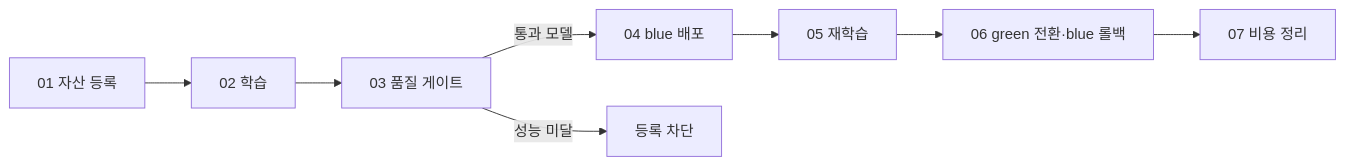
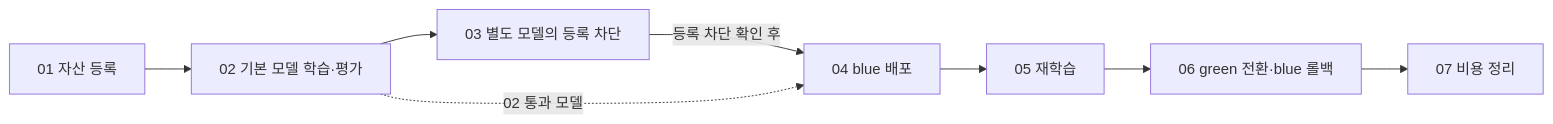
One commit to junwoojeong100/azure-ml-labs changed the diagram in README.md. Above: the diagram before and after it, drawn with Mermaid. The commit also changed other lines of this file and 9 other files, not shown here.

First line of the commit message:
docs: clarify lab model flow and recovery

````diff
--- a/README.md
+++ b/README.md
@@ -17,10 +19,10 @@
 ```mermaid
 flowchart LR
-    A["01 자산 등록"] --> B["02 학습"]
-    B --> C["03 품질 게이트"]
-    C -->|통과 모델| D["04 blue 배포"]
-    C -->|성능 미달| X["등록 차단"]
+    A["01 자산 등록"] --> B["02 기본 모델 학습·평가"]
+    B --> C["03 별도 모델의 등록 차단"]
+    C -->|"등록 차단 확인 후"| D["04 blue 배포"]
+    B -.->|"02 통과 모델"| D
     D --> E["05 재학습"]
     E --> F["06 green 전환·blue 롤백"]
     F --> G["07 비용 정리"]
 ```
````
